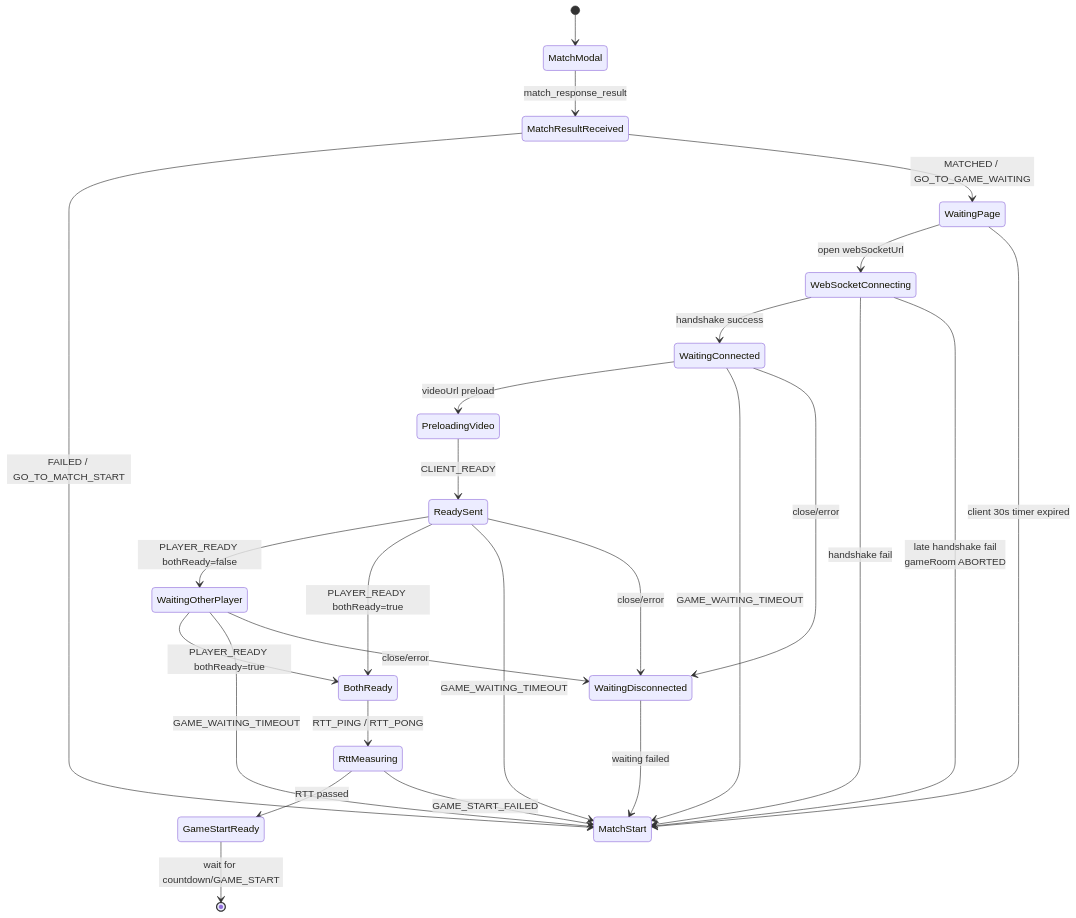
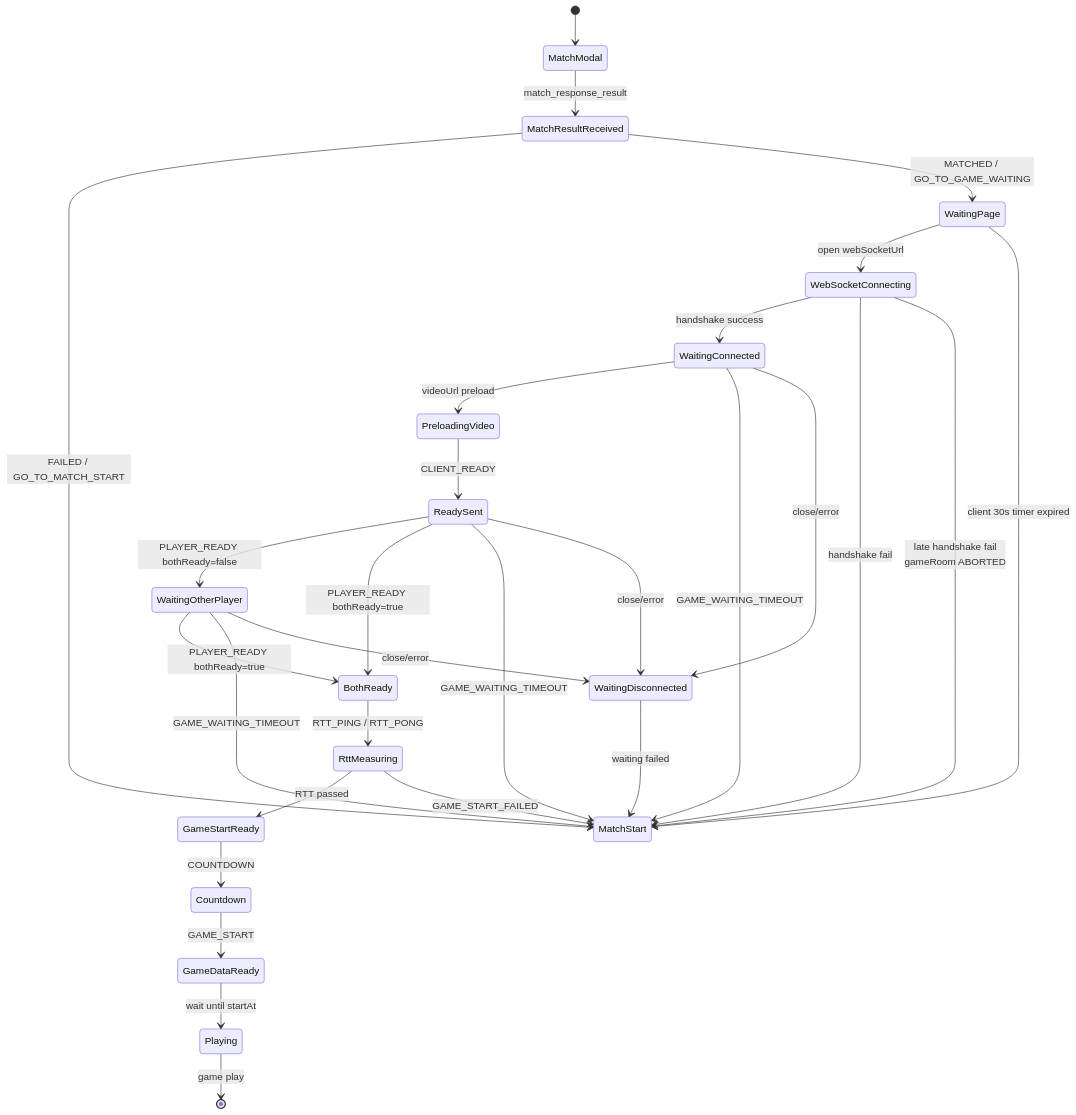
Diagram 11 of 11 in docs/project/websocket client.md (moonwhistle/League-of-Star), drawn with Mermaid before and after one commit. The commit also changed other lines of this file and 6 other files, not shown here.

````diff
--- a/docs/project/websocket client.md
+++ b/docs/project/websocket client.md
@@ -505,28 +549,31 @@
 ```mermaid
 stateDiagram-v2
     [*] --> MatchModal
     MatchModal --> MatchResultReceived: match_response_result
     MatchResultReceived --> MatchStart: FAILED / GO_TO_MATCH_START
     MatchResultReceived --> WaitingPage: MATCHED / GO_TO_GAME_WAITING
     WaitingPage --> WebSocketConnecting: open webSocketUrl
     WebSocketConnecting --> WaitingConnected: handshake success
     WebSocketConnecting --> MatchStart: handshake fail
     WaitingConnected --> PreloadingVideo: videoUrl preload
     PreloadingVideo --> ReadySent: CLIENT_READY
     ReadySent --> WaitingOtherPlayer: PLAYER_READY bothReady=false
     ReadySent --> BothReady: PLAYER_READY bothReady=true
     WaitingOtherPlayer --> BothReady: PLAYER_READY bothReady=true
     BothReady --> RttMeasuring: RTT_PING / RTT_PONG
     RttMeasuring --> GameStartReady: RTT passed
     RttMeasuring --> MatchStart: GAME_START_FAILED
+    GameStartReady --> Countdown: COUNTDOWN
+    Countdown --> GameDataReady: GAME_START
+    GameDataReady --> Playing: wait until startAt
     WebSocketConnecting --> MatchStart: late handshake fail<br/>gameRoom ABORTED
     WaitingPage --> MatchStart: client 30s timer expired
     WaitingConnected --> MatchStart: GAME_WAITING_TIMEOUT
     ReadySent --> MatchStart: GAME_WAITING_TIMEOUT
     WaitingOtherPlayer --> MatchStart: GAME_WAITING_TIMEOUT
     WaitingConnected --> WaitingDisconnected: close/error
     ReadySent --> WaitingDisconnected: close/error
     WaitingOtherPlayer --> WaitingDisconnected: close/error
     WaitingDisconnected --> MatchStart: waiting failed
-    GameStartReady --> [*]: wait for countdown/GAME_START
+    Playing --> [*]: game play
 ```
````
